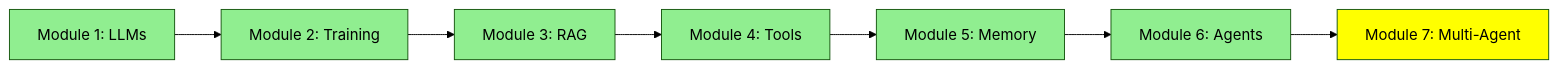
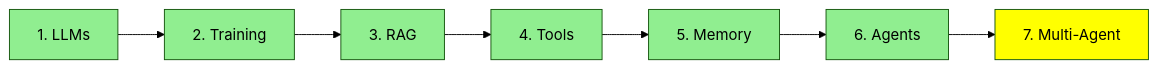
The second of 2 diagrams in mini-courses/1_fundamentals/7_multi_agent.md (lokumai/ai-engineering-bazaar), drawn with Mermaid (forest theme) before and after one commit. The commit also changed other lines of this file and 7 other files, not shown here.

First line of the commit message:
docs(module 7): rebuild Multi-Agent, and finish Fundamentals

````diff
--- a/mini-courses/1_fundamentals/7_multi_agent.md
+++ b/mini-courses/1_fundamentals/7_multi_agent.md
@@ -152,16 +152,16 @@
 ```mermaid
 graph LR
-    A[Module 1: LLMs] --> B[Module 2: Training]
-    B --> C[Module 3: RAG]
-    C --> D[Module 4: Tools]
-    D --> E[Module 5: Memory]
-    E --> F[Module 6: Agents]
-    F --> G[Module 7: Multi-Agent]
+    A[1. LLMs] --> B[2. Training]
+    B --> C[3. RAG]
+    C --> D[4. Tools]
+    D --> E[5. Memory]
+    E --> F[6. Agents]
+    F --> G[7. Multi-Agent]
     style A fill:#90EE90
     style B fill:#90EE90
     style C fill:#90EE90
     style D fill:#90EE90
     style E fill:#90EE90
     style F fill:#90EE90
     style G fill:#FFFF00
 ```
````
